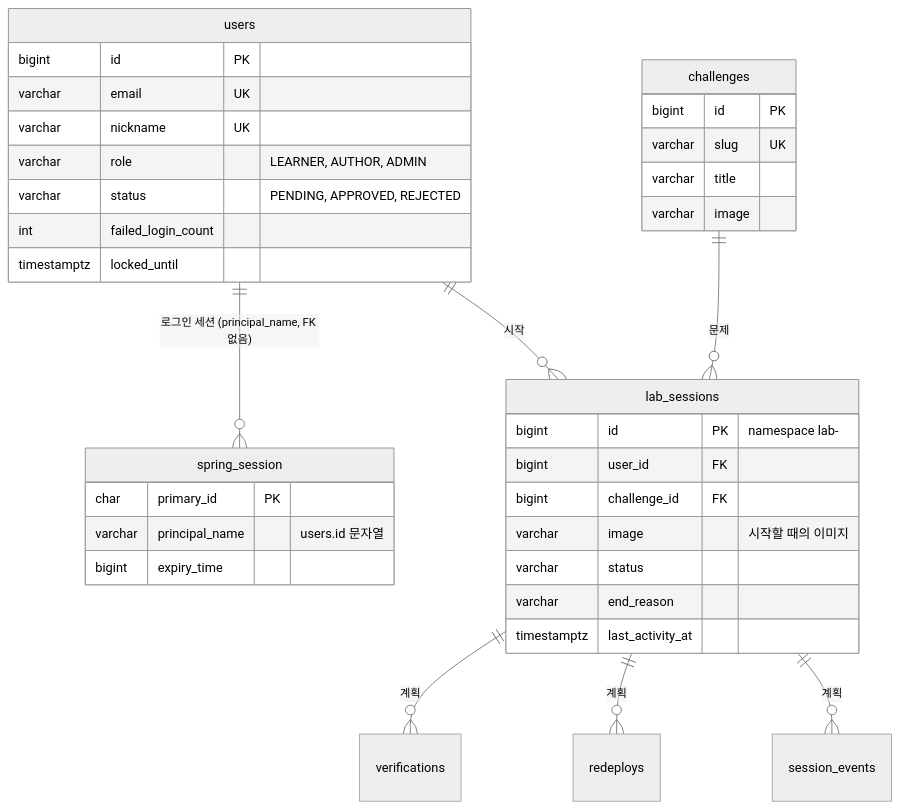
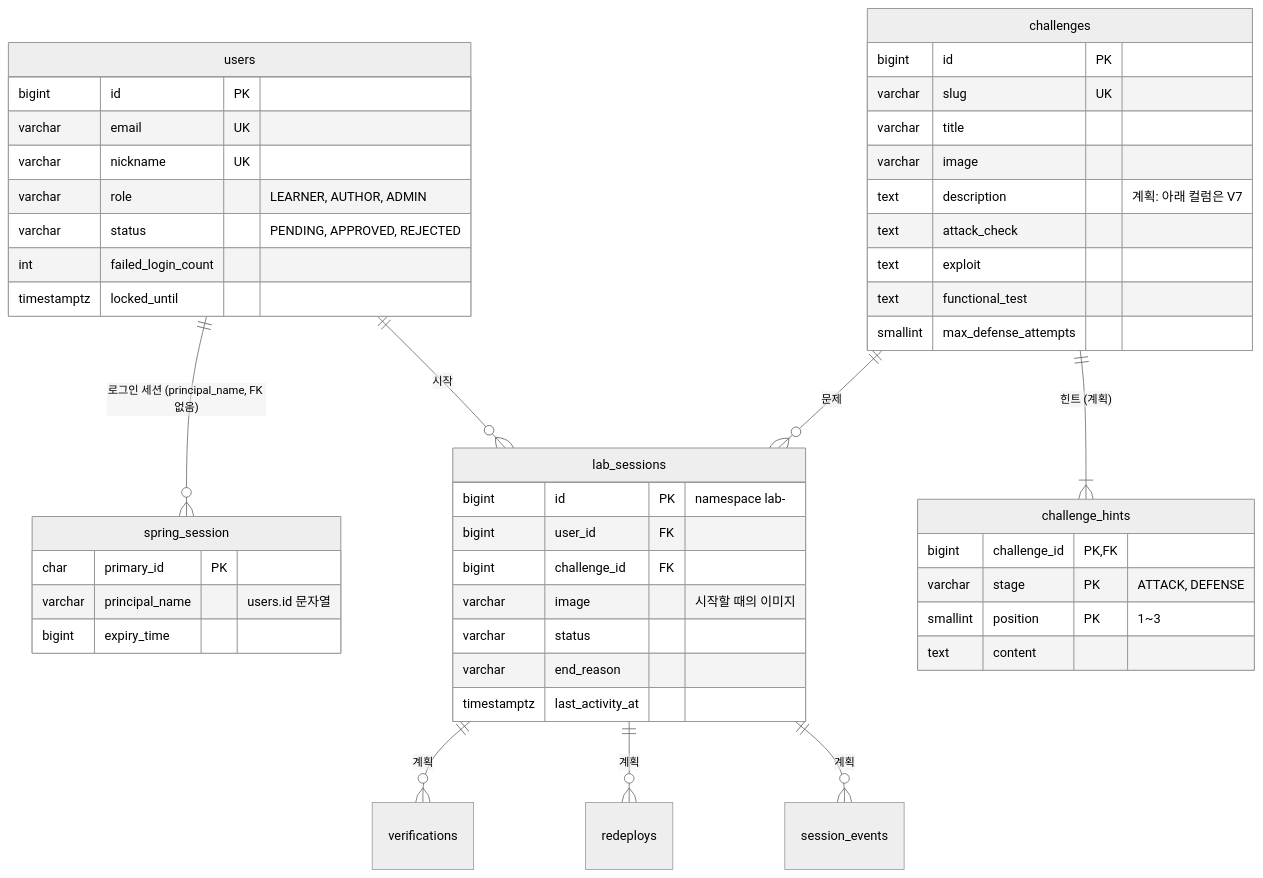
The diagram in data-model.md (pg-hackforge/hackforge-docs), drawn with Mermaid (neutral theme) before and after one commit. The commit also changed other lines of this file and 3 other files, not shown here.

````diff
--- a/data-model.md
+++ b/data-model.md
@@ -7,39 +7,51 @@
 ```mermaid
 erDiagram
     users ||--o{ spring_session : "로그인 세션 (principal_name, FK 없음)"
     users ||--o{ lab_sessions : "시작"
     challenges ||--o{ lab_sessions : "문제"
+    challenges ||--|{ challenge_hints : "힌트 (계획)"
     lab_sessions ||--o{ verifications : "계획"
     lab_sessions ||--o{ redeploys : "계획"
     lab_sessions ||--o{ session_events : "계획"
 
     users {
         bigint id PK
         varchar email UK
         varchar nickname UK
         varchar role "LEARNER, AUTHOR, ADMIN"
         varchar status "PENDING, APPROVED, REJECTED"
         int failed_login_count
         timestamptz locked_until
     }
     spring_session {
         char primary_id PK
         varchar principal_name "users.id 문자열"
         bigint expiry_time
     }
     challenges {
         bigint id PK
         varchar slug UK
         varchar title
         varchar image
+        text description "계획: 아래 컬럼은 V7"
+        text attack_check
+        text exploit
+        text functional_test
+        smallint max_defense_attempts
+    }
+    challenge_hints {
+        bigint challenge_id PK, FK
+        varchar stage PK "ATTACK, DEFENSE"
+        smallint position PK "1~3"
+        text content
     }
     lab_sessions {
         bigint id PK "namespace lab-<id>"
         bigint user_id FK
         bigint challenge_id FK
         varchar image "시작할 때의 이미지"
         varchar status
         varchar end_reason
         timestamptz last_activity_at
     }
 ```
````
